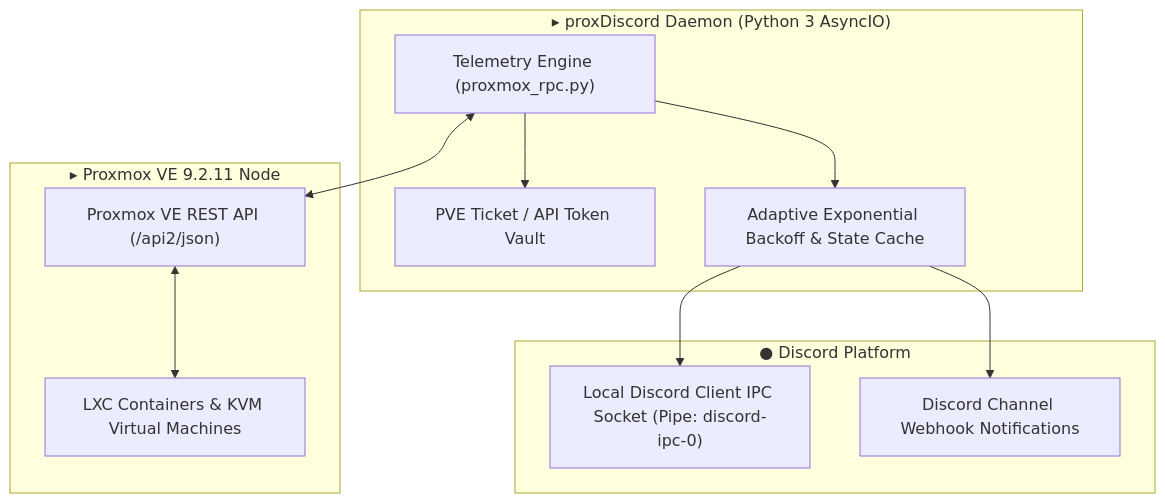
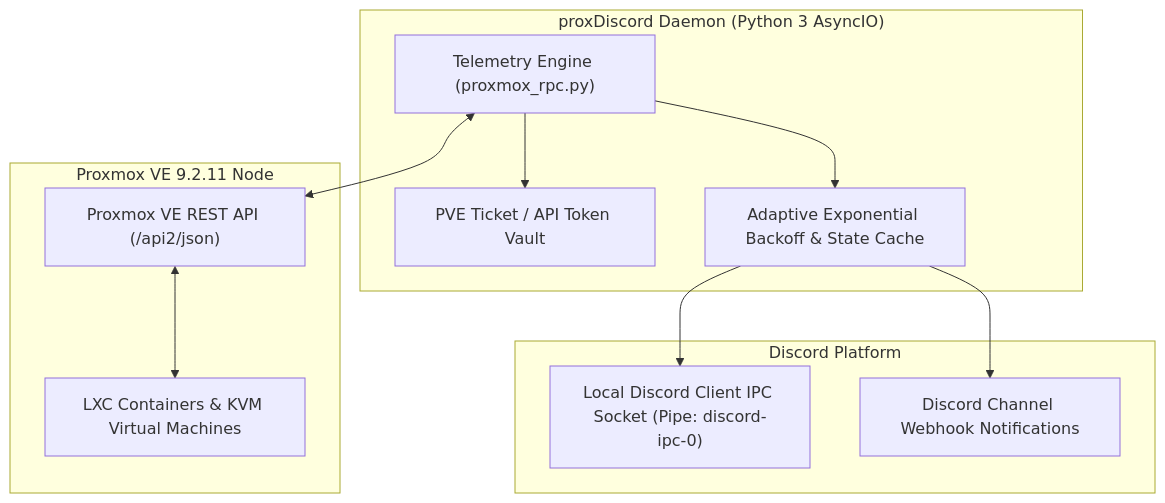
The diagram in docs/apps/services/proxdiscord.md (IAndrexI/documentation), drawn with Mermaid before and after one commit. The commit also changed other lines of this file and 39 other files, not shown here.

````diff
--- a/docs/apps/services/proxdiscord.md
+++ b/docs/apps/services/proxdiscord.md
@@ -7,26 +7,26 @@
 ```mermaid
 graph TD
-    subgraph Hypervisor["▸ Proxmox VE 9.2.11 Node"]
+    subgraph Hypervisor["Proxmox VE 9.2.11 Node"]
         PVE_API["Proxmox VE REST API (/api2/json)"]
         Containers["LXC Containers & KVM Virtual Machines"]
         PVE_API <--> Containers
     end
 
-    subgraph Service["▸ proxDiscord Daemon (Python 3 AsyncIO)"]
+    subgraph Service["proxDiscord Daemon (Python 3 AsyncIO)"]
         Poller["Telemetry Engine (proxmox_rpc.py)"]
         AuthVault["PVE Ticket / API Token Vault"]
         RateLimiter["Adaptive Exponential Backoff & State Cache"]
 
         Poller --> AuthVault
         Poller <--> PVE_API
         Poller --> RateLimiter
     end
 
-    subgraph DiscordEdge["● Discord Platform"]
+    subgraph DiscordEdge["Discord Platform"]
         IPC["Local Discord Client IPC Socket (Pipe: discord-ipc-0)"]
         Webhook["Discord Channel Webhook Notifications"]
 
         RateLimiter --> IPC
         RateLimiter --> Webhook
     end
 ```
````
